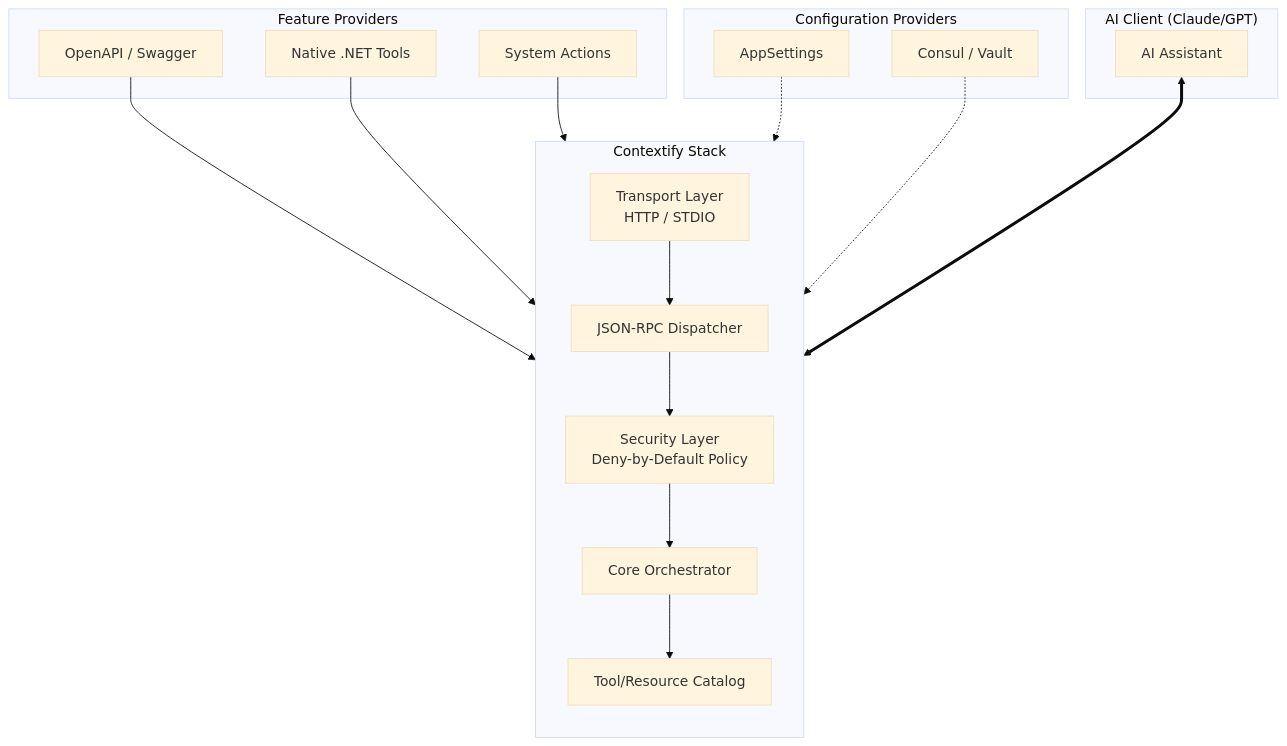
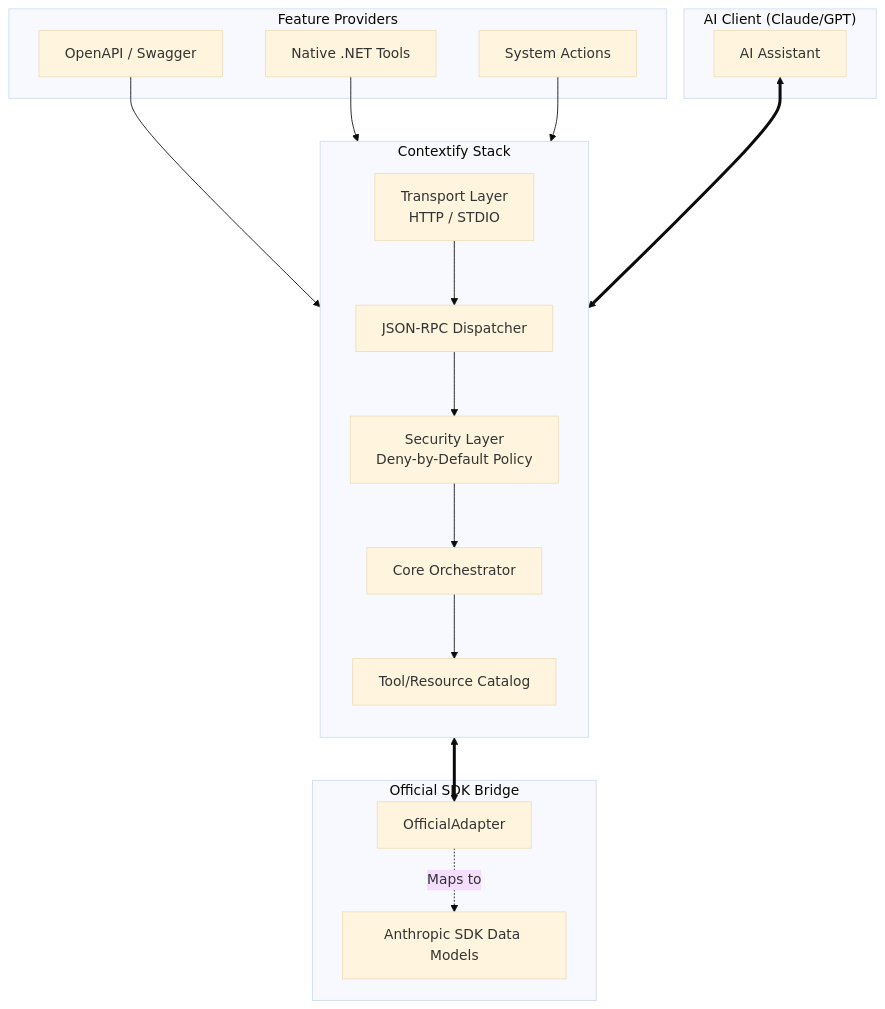
Before and after one commit to atakanatali/contextify-net: the diagram in README.md, drawn with Mermaid (base theme). The commit also changed other lines of this file and 1 other file, not shown here.

````diff
--- a/README.md
+++ b/README.md
@@ -19,27 +35,27 @@
 ```mermaid
 graph TB
     subgraph Client ["AI Client (Claude/GPT)"]
         CL[AI Assistant]
     end
 
     subgraph Contextify ["Contextify Stack"]
         direction TB
         T[Transport Layer<br/>HTTP / STDIO] --> DP[JSON-RPC Dispatcher]
         DP --> S[Security Layer<br/>Deny-by-Default Policy]
         S --> C[Core Orchestrator]
         C --> CAT[Tool/Resource Catalog]
     end
 
     subgraph Providers ["Feature Providers"]
         OA[OpenAPI / Swagger] --> C
         NA[Native .NET Tools] --> C
         SY[System Actions] --> C
     end
 
-    subgraph Config ["Configuration Providers"]
-        AS[AppSettings] -.-> S
-        CS[Consul / Vault] -.-> S
+    subgraph SDK ["Official SDK Bridge"]
+        AD[OfficialAdapter] -.-> |Maps to| MSD[Anthropic SDK Data Models]
     end
 
     CL <==> T
+    C <==> AD
 ```
````
